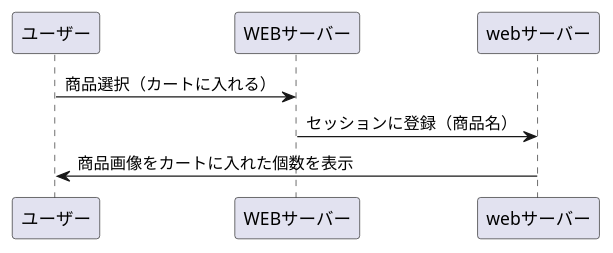
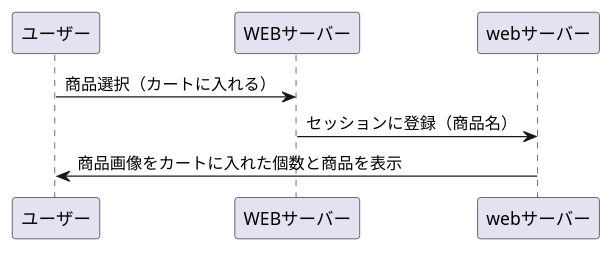
Before and after one commit to ryoma421/2021sys-desibn: the second of 14 diagrams in yakitoriuml.md, drawn with PlantUML. The commit also changed other lines of this file, not shown here.

````diff
--- a/yakitoriuml.md
+++ b/yakitoriuml.md
@@ -18,7 +18,7 @@
 ```uml
 @startuml
 ユーザー -> WEBサーバー : 商品選択（カートに入れる）
 WEBサーバー -> webサーバー : セッションに登録（商品名）
-webサーバー -> ユーザー : 商品画像をカートに入れた個数を表示
+webサーバー -> ユーザー : 商品画像をカートに入れた個数と商品を表示
 @enduml
 ```
````
